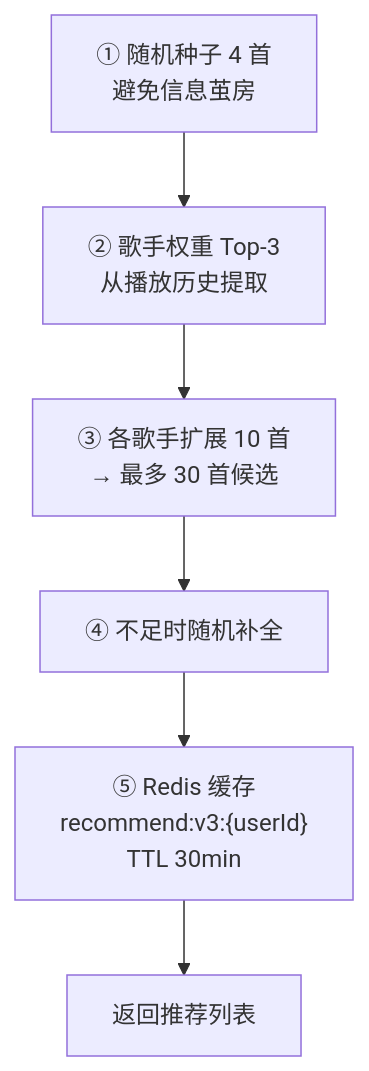
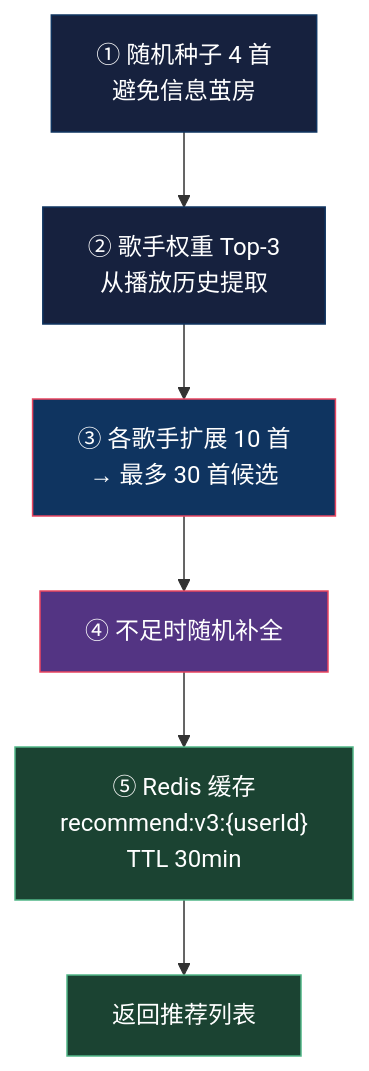
Before and after one commit to chunren1/vibeMusic: the third of 4 diagrams in README.md, drawn with Mermaid. The commit also changed other lines of this file, not shown here.

Commit message:
恢复彩色Mermaid样式, 去掉✅图标

````diff
--- a/README.md
+++ b/README.md
@@ -171,16 +195,23 @@
 ```mermaid
 flowchart TB
     S1["① 随机种子 4 首
     避免信息茧房"]
     S2["② 歌手权重 Top-3
     从播放历史提取"]
     S3["③ 各歌手扩展 10 首
     → 最多 30 首候选"]
     S4["④ 不足时随机补全"]
     S5["⑤ Redis 缓存
     recommend:v3:{userId}
     TTL 30min"]
     DONE2["返回推荐列表"]
 
     S1 --> S2 --> S3 --> S4 --> S5 --> DONE2
+
+    style S1 fill:#16213e,stroke:#0f3460,color:#fff
+    style S2 fill:#16213e,stroke:#0f3460,color:#fff
+    style S3 fill:#0f3460,stroke:#e94560,color:#fff
+    style S4 fill:#533483,stroke:#e94560,color:#fff
+    style S5 fill:#1b4332,stroke:#52b788,color:#fff
+    style DONE2 fill:#1b4332,stroke:#52b788,color:#fff
 ```
````
